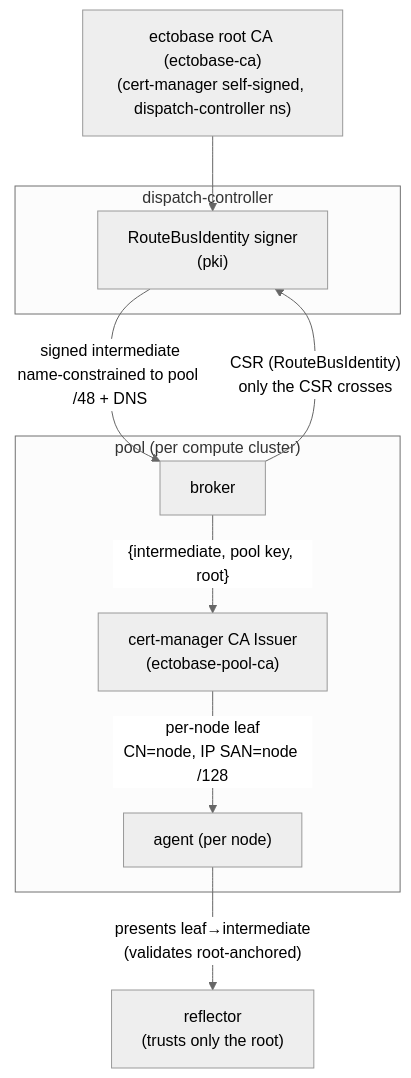
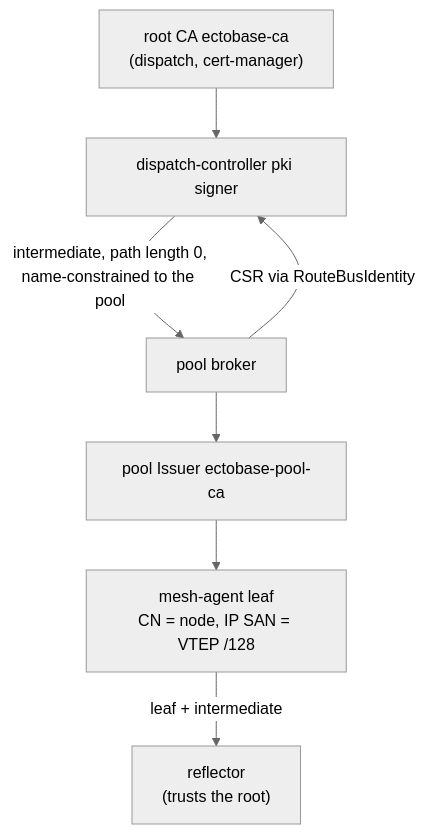
Before and after one commit to trevex/ectobase: the second of 2 diagrams in docs/architecture/route-bus.md, drawn with Mermaid (neutral theme). The commit also changed other lines of this file and 57 other files, not shown here.

First line of the commit message:
docs: rework concepts, architecture, networking, operating, reference and contributing

````diff
--- a/docs/architecture/route-bus.md
+++ b/docs/architecture/route-bus.md
@@ -212,18 +154,15 @@
 ```mermaid
 flowchart TB
-    root["ectobase root CA (ectobase-ca)<br/>(cert-manager self-signed, dispatch-controller ns)"]
-    subgraph signer["dispatch-controller"]
-        sign["RouteBusIdentity signer<br/>(pki)"]
-    end
-    subgraph pool["pool (per compute cluster)"]
-        broker["broker"]
-        issuer["cert-manager CA Issuer<br/>(ectobase-pool-ca)"]
-        agent["agent (per node)"]
-    end
-    root --> sign
-    broker -->|"CSR (RouteBusIdentity)<br/>only the CSR crosses"| sign
-    sign -->|"signed intermediate<br/>name-constrained to pool /48 + DNS"| broker
-    broker -->|"{intermediate, pool key, root}"| issuer
-    issuer -->|"per-node leaf<br/>CN=node, IP SAN=node /128"| agent
-    agent -->|"presents leaf→intermediate<br/>(validates root-anchored)"| reflector["reflector<br/>(trusts only the root)"]
+    root["root CA ectobase-ca<br/>(dispatch, cert-manager)"]
+    signer["dispatch-controller pki signer"]
+    broker["pool broker"]
+    issuer["pool Issuer ectobase-pool-ca"]
+    agent["mesh-agent leaf<br/>CN = node, IP SAN = VTEP /128"]
+    reflector["reflector<br/>(trusts the root)"]
+    root --> signer
+    broker -->|"CSR via RouteBusIdentity"| signer
+    signer -->|"intermediate, path length 0,<br/>name-constrained to the pool"| broker
+    broker --> issuer
+    issuer --> agent
+    agent -->|"leaf + intermediate"| reflector
 ```
````
